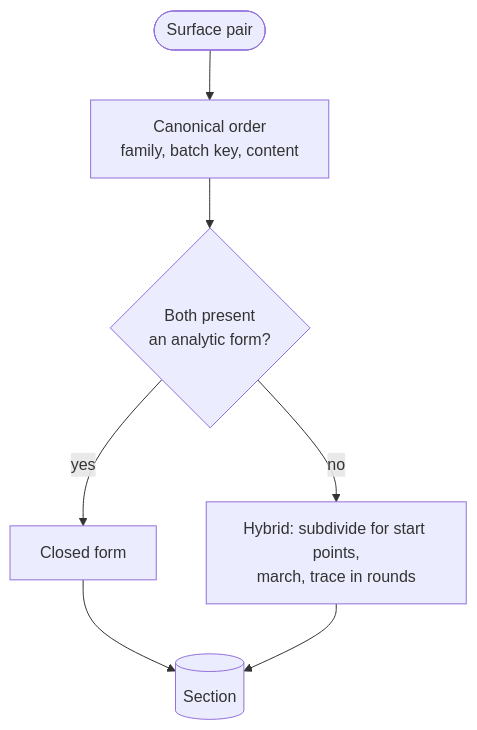
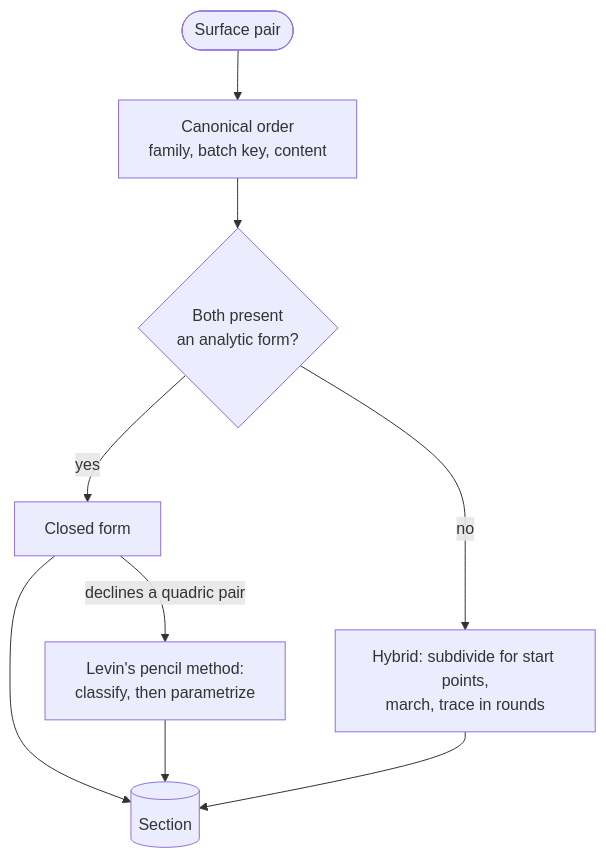
Before and after one commit to Dzoay/occam: the diagram in docs/architecture/intersection.md, drawn with Mermaid. The commit also changed other lines of this file and 35 other files, not shown here.

````diff
--- a/docs/architecture/intersection.md
+++ b/docs/architecture/intersection.md
@@ -10,9 +10,11 @@
 ```mermaid
 flowchart TD
   pair(["Surface pair"]) --> canon["Canonical order<br/>family, batch key, content"]
   canon --> cf{"Both present<br/>an analytic form?"}
   cf -->|"yes"| closed["Closed form"]
   cf -->|"no"| hybrid["Hybrid: subdivide for start points,<br/>march, trace in rounds"]
+  closed -->|"declines a quadric pair"| pencil["Levin's pencil method:<br/>classify, then parametrize"]
   closed --> sec[("Section")]
+  pencil --> sec
   hybrid --> sec
 ```
````
